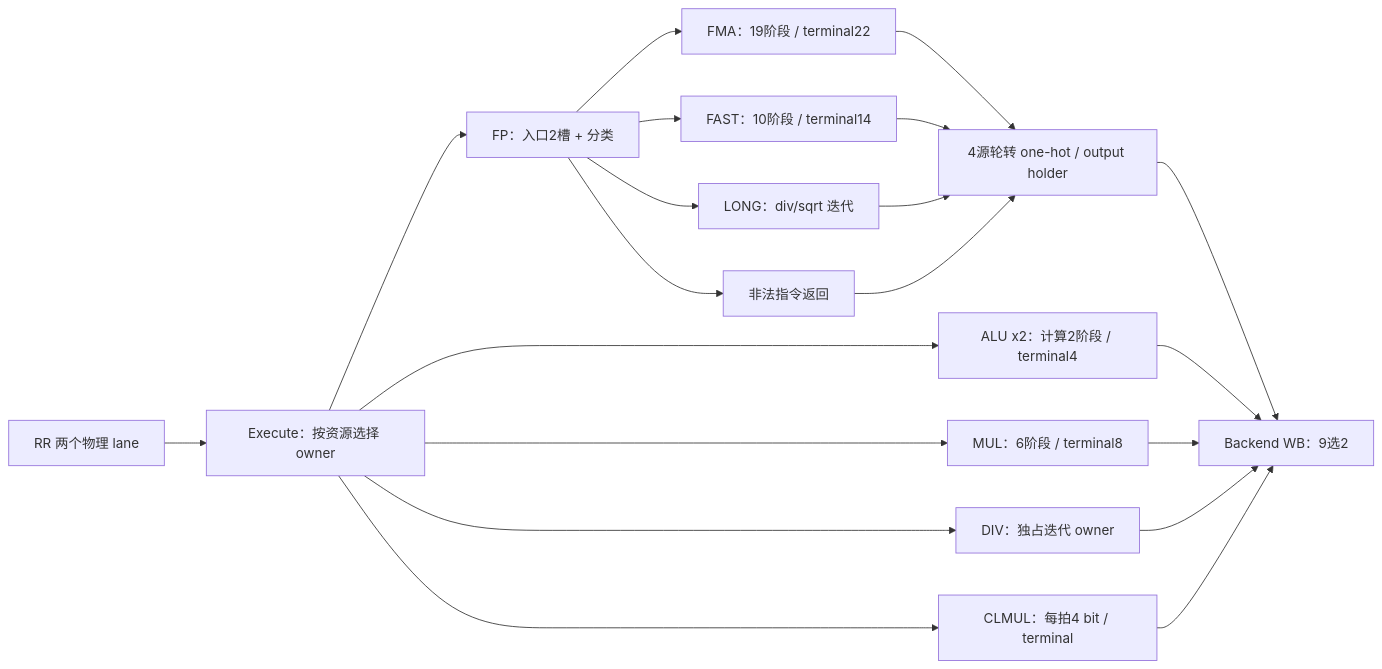
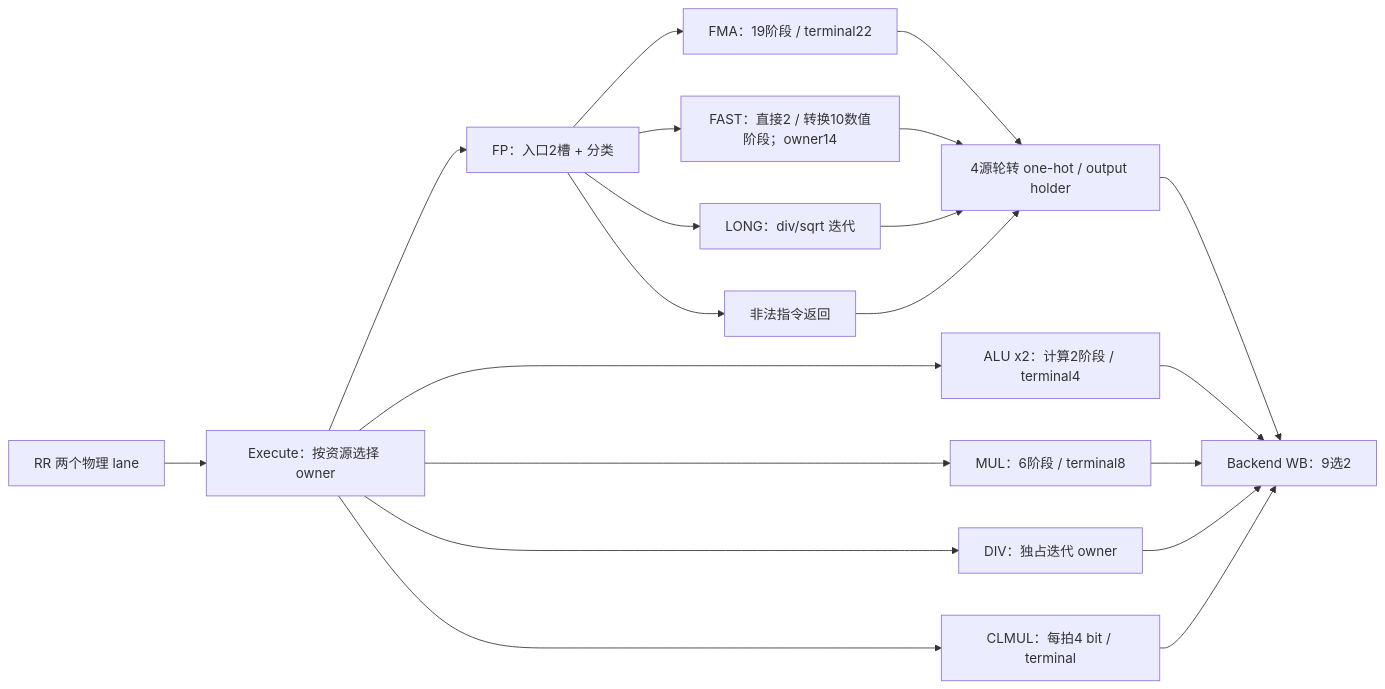
One commit to mcsaver/oscpu changed the diagram in npc/rv64/vsrc/fp/TOPOLOGY.md. Above: the diagram before and after it, drawn with Mermaid. The commit also changed other lines of this file and 150 other files, not shown here.

````diff
--- a/npc/rv64/vsrc/fp/TOPOLOGY.md
+++ b/npc/rv64/vsrc/fp/TOPOLOGY.md
@@ -3,22 +3,22 @@
 ```mermaid
 flowchart LR
   RR["RR 两个物理 lane"] --> EX["Execute：按资源选择 owner"]
   EX --> A["ALU x2：计算2阶段 / terminal4"]
   EX --> M["MUL：6阶段 / terminal8"]
   EX --> D["DIV：独占迭代 owner"]
   EX --> C["CLMUL：每拍4 bit / terminal"]
   EX --> F["FP：入口2槽 + 分类"]
   F --> FMA["FMA：19阶段 / terminal22"]
-  F --> FAST["FAST：10阶段 / terminal14"]
+  F --> FAST["FAST：直接2 / 转换10数值阶段；owner14"]
   F --> LONG["LONG：div/sqrt 迭代"]
   F --> BAD["非法指令返回"]
   FMA --> SEL["4源轮转 one-hot / output holder"]
   FAST --> SEL
   LONG --> SEL
   BAD --> SEL
   SEL --> WB["Backend WB：9选2"]
   A --> WB
   M --> WB
   D --> WB
   C --> WB
 ```
````
